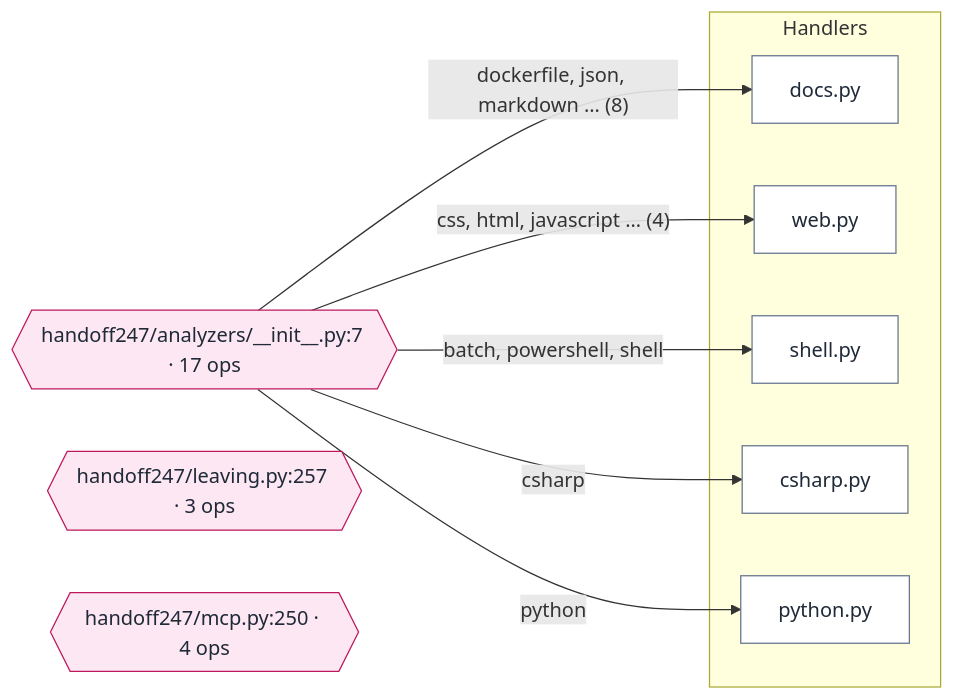
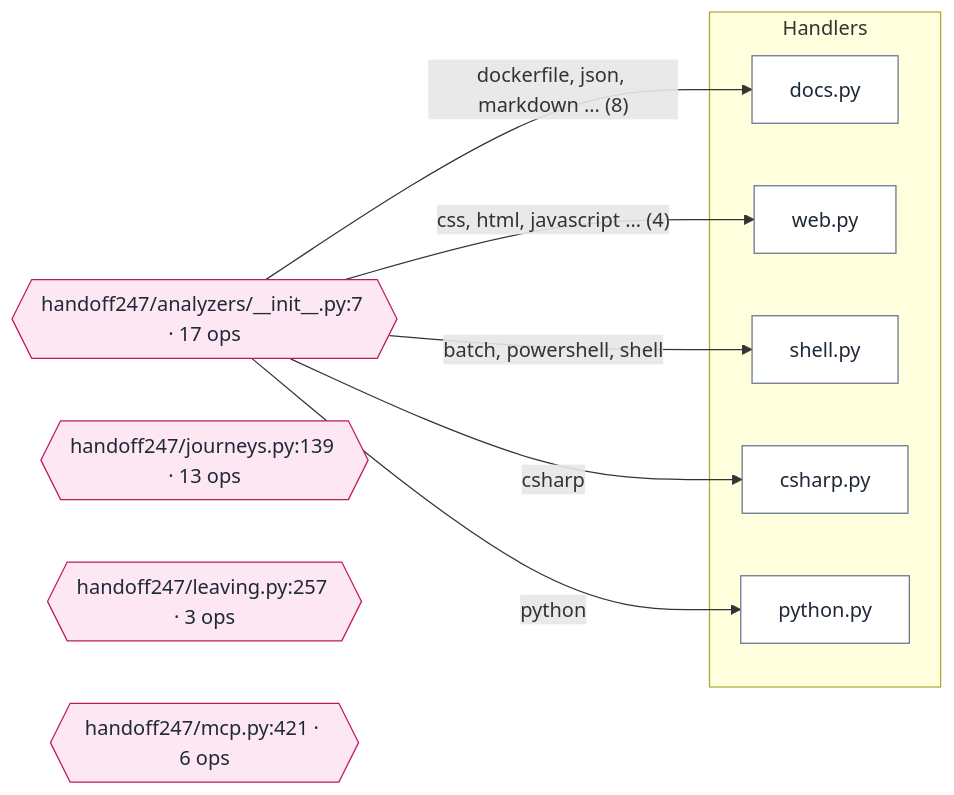
The diagram in docs/handoff/diagrams/system.mmd (unkkyuist/HandOff247), drawn with Mermaid before and after one commit. The commit also changed 71 other files, not shown here.

```diff
--- a/docs/handoff/diagrams/system.mmd
+++ b/docs/handoff/diagrams/system.mmd
@@ -1,26 +1,27 @@
 flowchart LR
   n1{{"handoff247/analyzers/#95;#95;init#95;#95;.py:7 · 17 ops"}}:::table
-  n2{{"handoff247/leaving.py:257 · 3 ops"}}:::table
-  n3{{"handoff247/mcp.py:250 · 4 ops"}}:::table
-  subgraph g4["Handlers"]
-    n5["docs.py"]:::file
-    n6["web.py"]:::file
-    n7["shell.py"]:::file
-    n8["csharp.py"]:::file
-    n9["python.py"]:::file
+  n2{{"handoff247/journeys.py:139 · 13 ops"}}:::table
+  n3{{"handoff247/leaving.py:257 · 3 ops"}}:::table
+  n4{{"handoff247/mcp.py:421 · 6 ops"}}:::table
+  subgraph g5["Handlers"]
+    n6["docs.py"]:::file
+    n7["web.py"]:::file
+    n8["shell.py"]:::file
+    n9["csharp.py"]:::file
+    n10["python.py"]:::file
   end
-  n1 -->|"csharp"| n8
-  n1 -->|"python"| n9
-  n1 -->|"css, html, javascript … (4)"| n6
-  n1 -->|"batch, powershell, shell"| n7
-  n1 -->|"dockerfile, json, markdown … (8)"| n5
+  n1 -->|"csharp"| n9
+  n1 -->|"python"| n10
+  n1 -->|"css, html, javascript … (4)"| n7
+  n1 -->|"batch, powershell, shell"| n8
+  n1 -->|"dockerfile, json, markdown … (8)"| n6
   classDef entry fill:#fde68a,stroke:#b45309,color:#1f2937
   classDef launcher fill:#e0e7ff,stroke:#4338ca,color:#1f2937
   classDef mode fill:#dcfce7,stroke:#15803d,color:#1f2937
   classDef iface fill:#cffafe,stroke:#0e7490,color:#1f2937
   classDef table fill:#fce7f3,stroke:#be185d,color:#1f2937
   classDef hub fill:#f3f4f6,stroke:#6b7280,color:#1f2937,stroke-dasharray:4 3
   classDef data fill:#fef3c7,stroke:#92400e,color:#1f2937
   classDef ext fill:#ffffff,stroke:#9ca3af,color:#374151,stroke-dasharray:2 2
   classDef test fill:#ede9fe,stroke:#6d28d9,color:#1f2937
   classDef file fill:#ffffff,stroke:#64748b,color:#1f2937
```
